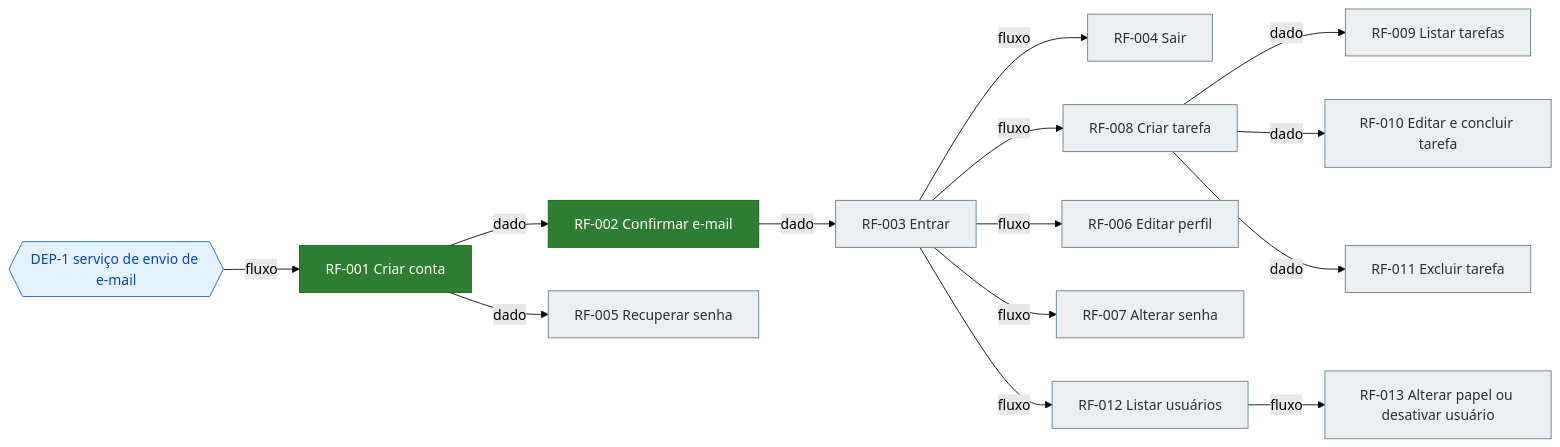
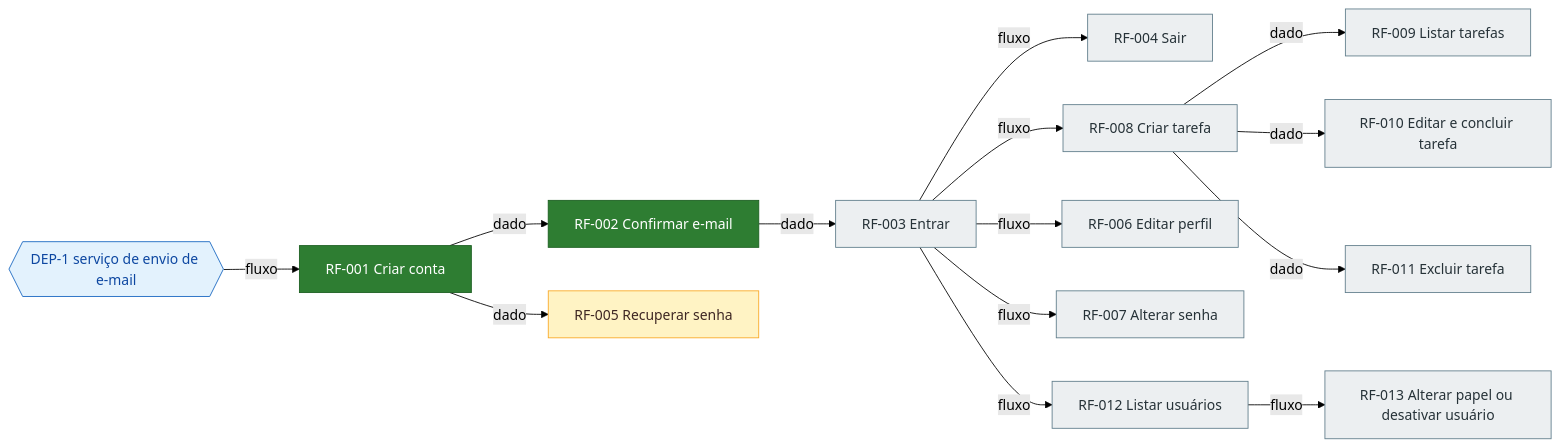
Before and after one commit to maiconsouza89/ai-template-harness-nestj-react-monorepo: the diagram in docs/product/roadmap.md, drawn with Mermaid (forest theme). The commit also changed other lines of this file and 3 other files, not shown here.

````diff
--- a/docs/product/roadmap.md
+++ b/docs/product/roadmap.md
@@ -18,35 +18,35 @@
 ```mermaid
 graph LR
   DEP1{{"DEP-1 serviço de envio de e-mail"}}:::externa
   RF001["RF-001 Criar conta"]:::feito
   RF002["RF-002 Confirmar e-mail"]:::feito
-  RF005["RF-005 Recuperar senha"]:::pendente
+  RF005["RF-005 Recuperar senha"]:::andamento
   RF003["RF-003 Entrar"]:::pendente
   RF004["RF-004 Sair"]:::pendente
   RF008["RF-008 Criar tarefa"]:::pendente
   RF006["RF-006 Editar perfil"]:::pendente
   RF007["RF-007 Alterar senha"]:::pendente
   RF012["RF-012 Listar usuários"]:::pendente
   RF009["RF-009 Listar tarefas"]:::pendente
   RF010["RF-010 Editar e concluir tarefa"]:::pendente
   RF011["RF-011 Excluir tarefa"]:::pendente
   RF013["RF-013 Alterar papel ou desativar usuário"]:::pendente
   DEP1 -->|fluxo| RF001
   RF001 -->|dado| RF002
   RF002 -->|dado| RF003
   RF003 -->|fluxo| RF004
   RF001 -->|dado| RF005
   RF003 -->|fluxo| RF006
   RF003 -->|fluxo| RF007
   RF003 -->|fluxo| RF008
   RF008 -->|dado| RF009
   RF008 -->|dado| RF010
   RF008 -->|dado| RF011
   RF003 -->|fluxo| RF012
   RF012 -->|fluxo| RF013
   classDef pendente fill:#eceff1,stroke:#607d8b,color:#263238
   classDef andamento fill:#fff3c4,stroke:#f9a825,color:#3e2723
   classDef feito fill:#2e7d32,stroke:#1b5e20,color:#ffffff
   classDef bloqueado fill:#c62828,stroke:#8e0000,color:#ffffff
   classDef externa fill:#e3f2fd,stroke:#1565c0,color:#0d47a1
 ```
````
